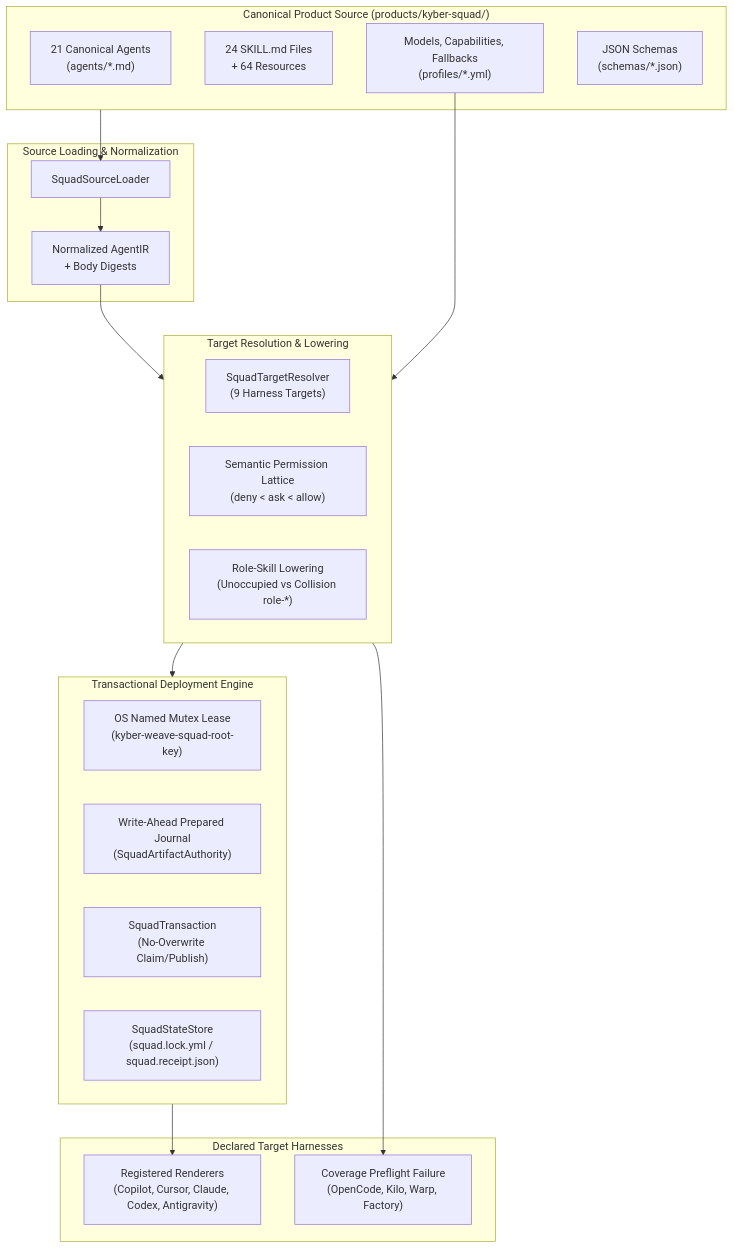
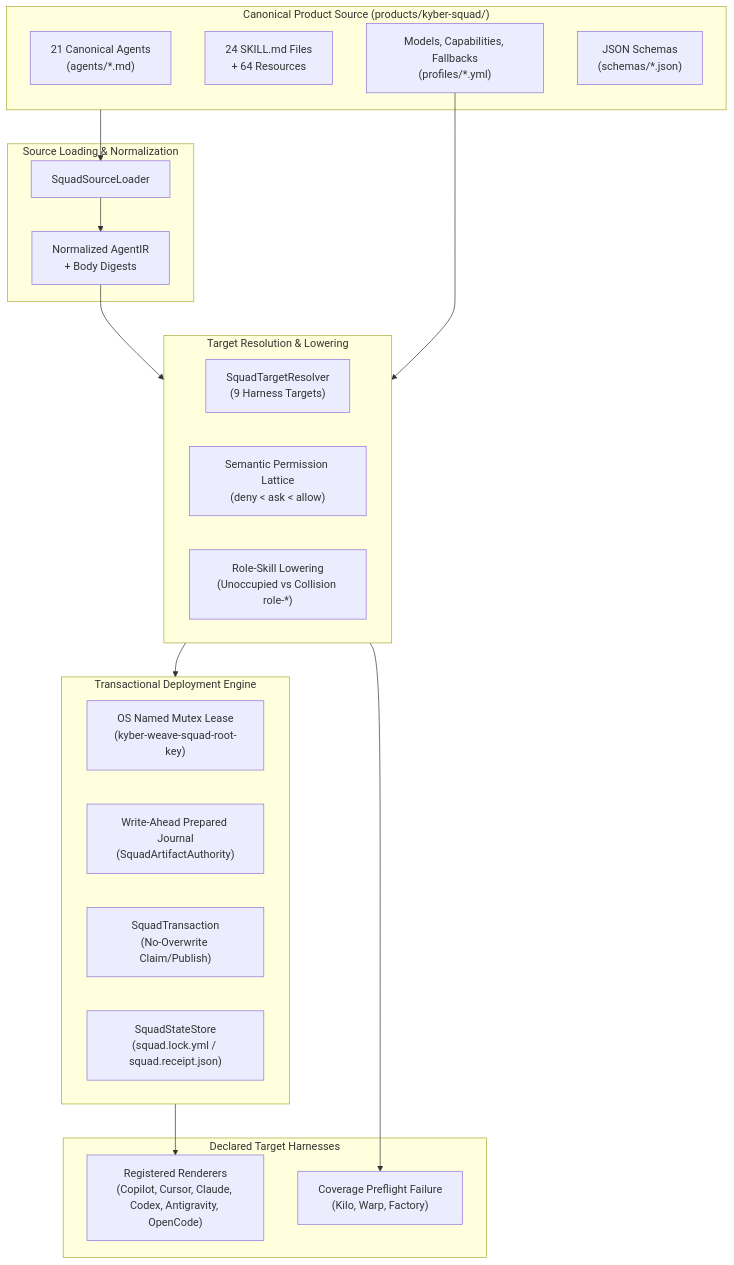
One commit to dpalfery/kyber-weave changed the first of 4 diagrams in docs/kyber-squad/architecture.md. Above: the diagram before and after it, drawn with Mermaid. The commit also changed other lines of this file and 17 other files, not shown here.

First line of the commit message:
feat(squad): implement native OpenCode renderer and update documentation

````diff
--- a/docs/kyber-squad/architecture.md
+++ b/docs/kyber-squad/architecture.md
@@ -43,40 +44,40 @@
 ```mermaid
 flowchart TD
     subgraph CanonicalSource["Canonical Product Source (products/kyber-squad/)"]
         Agents["21 Canonical Agents\n(agents/*.md)"]
         Skills["24 SKILL.md Files\n+ 64 Resources"]
         Profiles["Models, Capabilities, Fallbacks\n(profiles/*.yml)"]
         Schemas["JSON Schemas\n(schemas/*.json)"]
     end
 
     subgraph Loader["Source Loading & Normalization"]
         SquadSourceLoader["SquadSourceLoader"]
         AgentIR["Normalized AgentIR\n+ Body Digests"]
     end
 
     subgraph Compiler["Target Resolution & Lowering"]
         SquadTargetResolver["SquadTargetResolver\n(9 Harness Targets)"]
         Lattice["Semantic Permission Lattice\n(deny < ask < allow)"]
         Lowering["Role-Skill Lowering\n(Unoccupied vs Collision role-*)"]
     end
 
     subgraph DeploymentEngine["Transactional Deployment Engine"]
         Mutex["OS Named Mutex Lease\n(kyber-weave-squad-root-key)"]
         Journal["Write-Ahead Prepared Journal\n(SquadArtifactAuthority)"]
         Transaction["SquadTransaction\n(No-Overwrite Claim/Publish)"]
         StateStore["SquadStateStore\n(squad.lock.yml / squad.receipt.json)"]
     end
 
     subgraph TargetHarnesses["Declared Target Harnesses"]
-        RegisteredTargets["Registered Renderers\n(Copilot, Cursor, Claude, Codex, Antigravity)"]
-        UnsupportedTargets["Coverage Preflight Failure\n(OpenCode, Kilo, Warp, Factory)"]
+        RegisteredTargets["Registered Renderers\n(Copilot, Cursor, Claude, Codex, Antigravity, OpenCode)"]
+        UnsupportedTargets["Coverage Preflight Failure\n(Kilo, Warp, Factory)"]
     end
 
     CanonicalSource --> SquadSourceLoader
     SquadSourceLoader --> AgentIR
     AgentIR --> Compiler
     Profiles --> Compiler
     Compiler --> DeploymentEngine
     DeploymentEngine --> RegisteredTargets
     Compiler --> UnsupportedTargets
 ```
````
